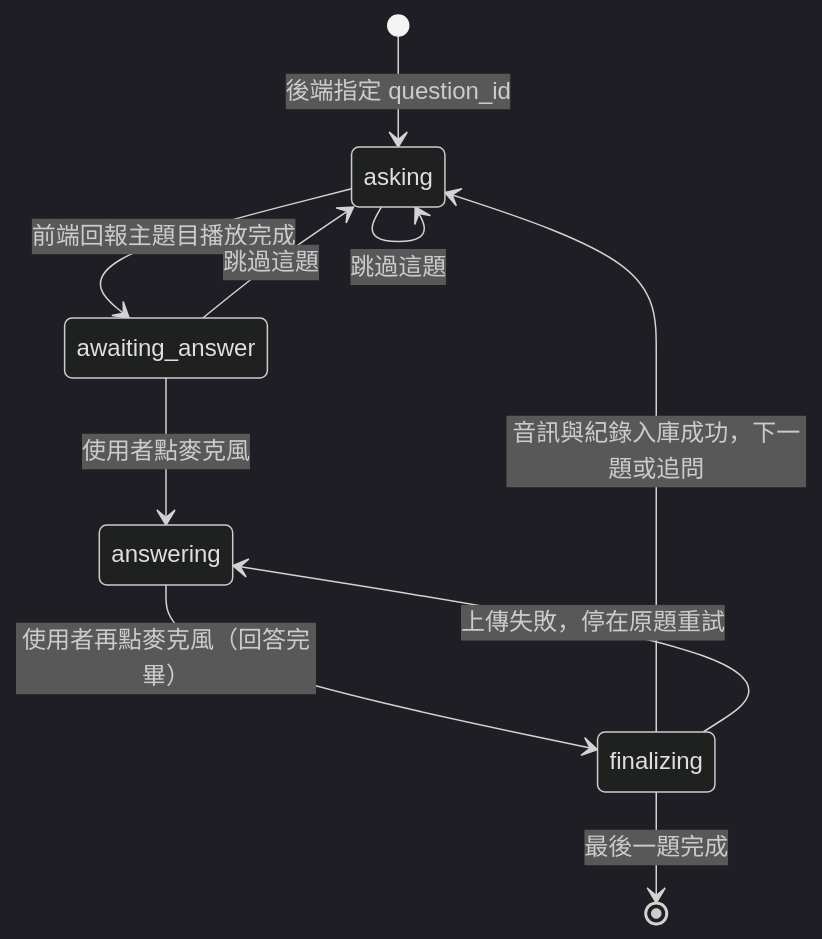
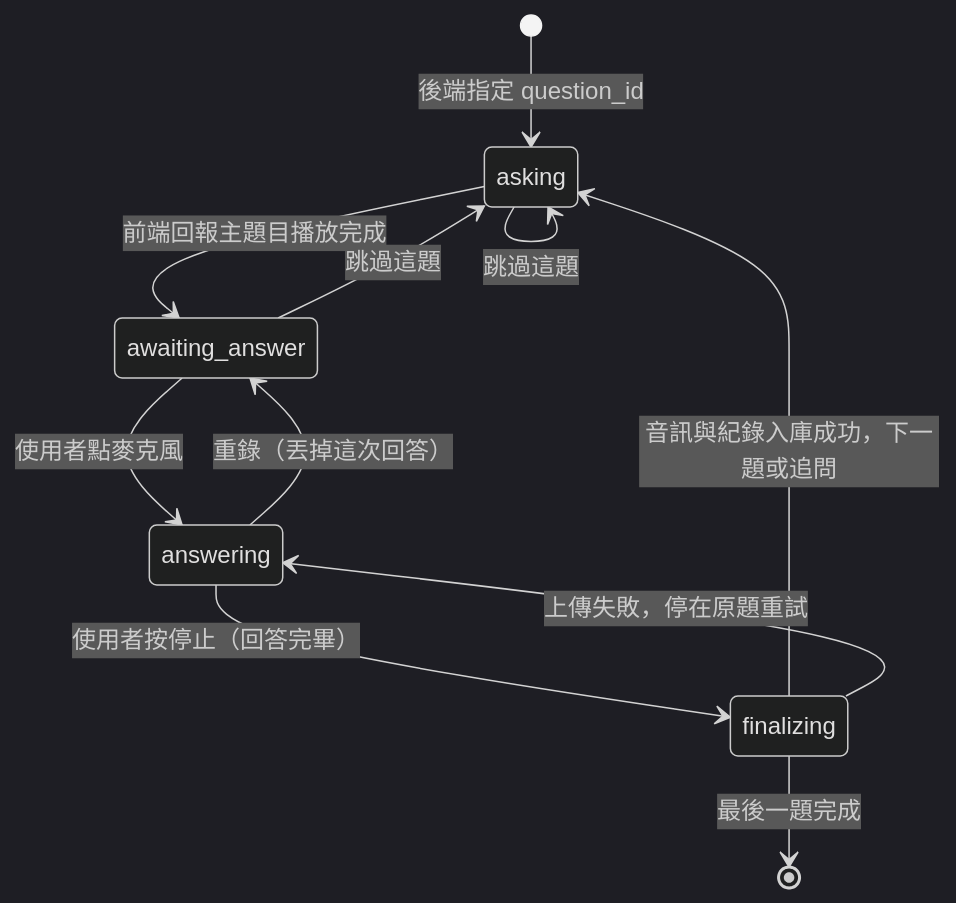
One commit to WilliamTsai1227/AI_Interview changed the fifth of 6 diagrams in spec/architecture.md. Above: the diagram before and after it, drawn with Mermaid (dark theme). The commit also changed other lines of this file and 4 other files, not shown here.

````diff
--- a/spec/architecture.md
+++ b/spec/architecture.md
@@ -361,12 +395,13 @@
 ```mermaid
 stateDiagram-v2
     [*] --> asking: 後端指定 question_id
     asking --> awaiting_answer: 前端回報主題目播放完成
     awaiting_answer --> answering: 使用者點麥克風
-    answering --> finalizing: 使用者再點麥克風（回答完畢）
+    answering --> finalizing: 使用者按停止（回答完畢）
+    answering --> awaiting_answer: 重錄（丟掉這次回答）
     finalizing --> asking: 音訊與紀錄入庫成功，下一題或追問
     finalizing --> answering: 上傳失敗，停在原題重試
     asking --> asking: 跳過這題
     awaiting_answer --> asking: 跳過這題
     finalizing --> [*]: 最後一題完成
 ```
````
